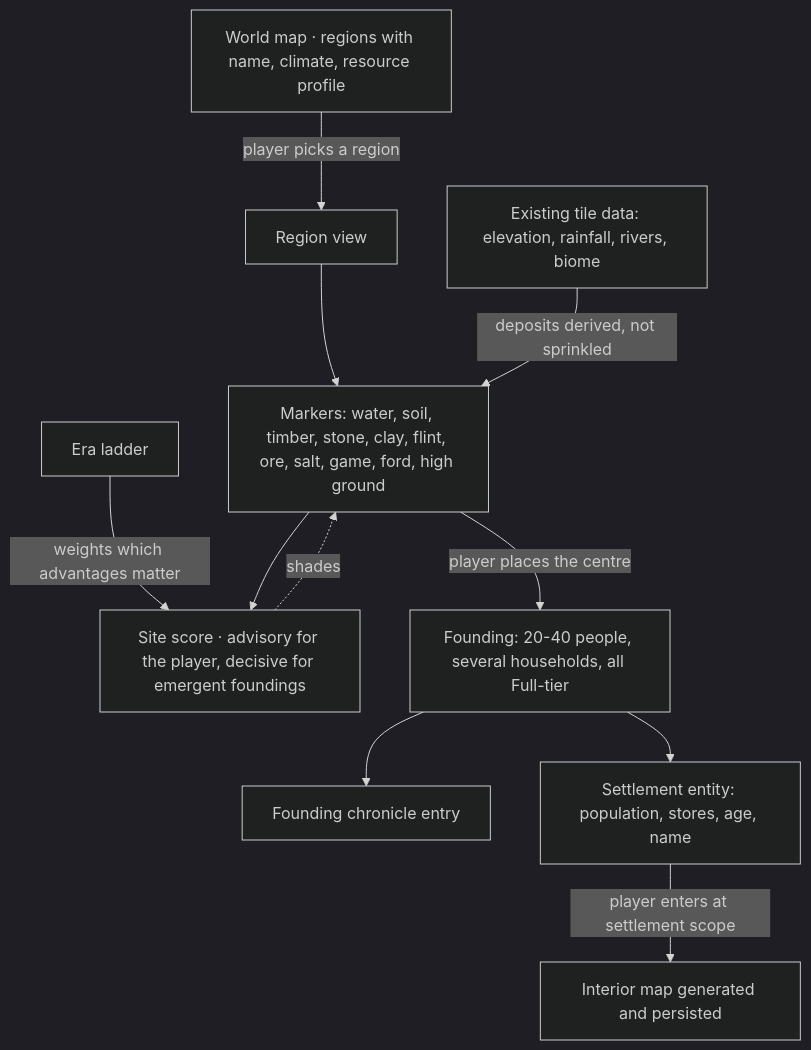
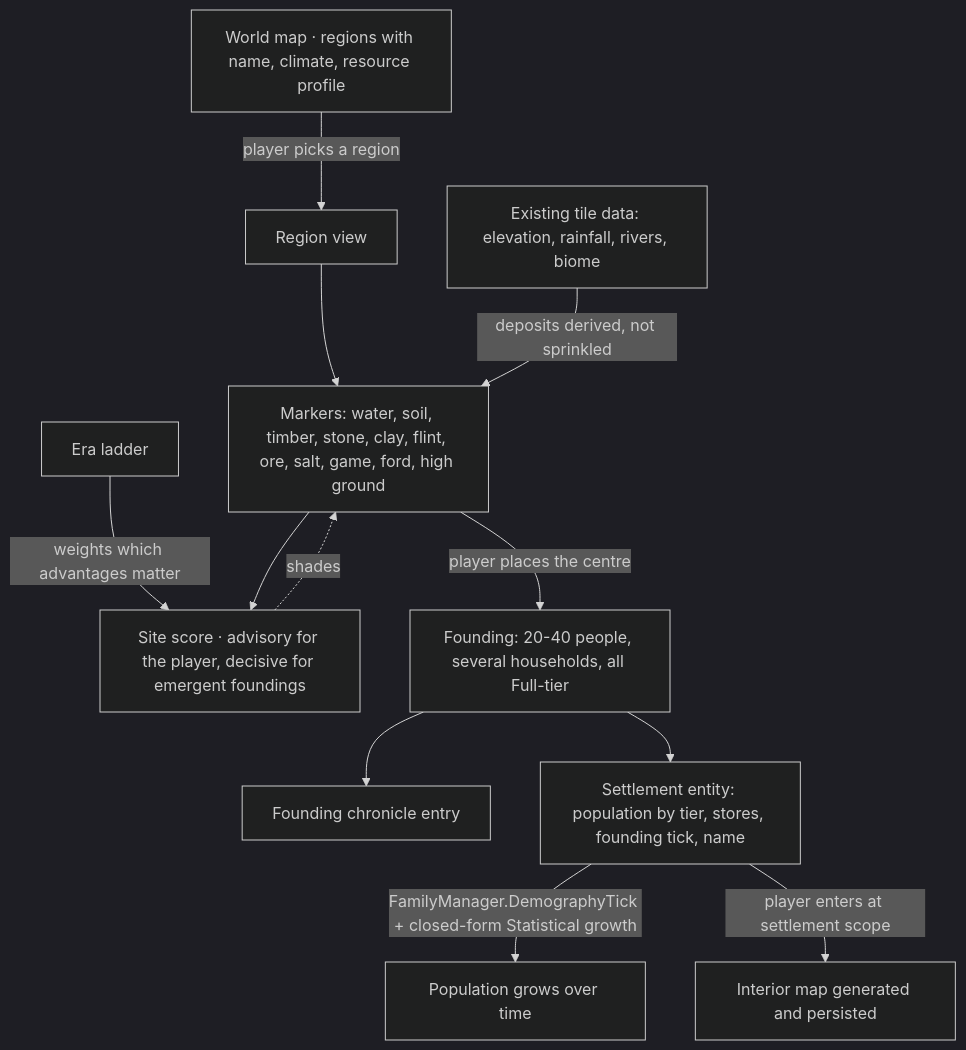
The seventh of 13 diagrams in docs/spec/simworld-spec.md (m2windham/simWorld), drawn with Mermaid (dark theme) before and after one commit. The commit also changed other lines of this file and 6 other files, not shown here.

First line of the commit message:
A settlement is now an entity, not a def plus a tile (#30)

````diff
--- a/docs/spec/simworld-spec.md
+++ b/docs/spec/simworld-spec.md
@@ -366,13 +376,14 @@
 ```mermaid
 flowchart TD
   W[World map · regions with name, climate, resource profile] -->|player picks a region| R[Region view]
   R --> Markers[Markers: water, soil, timber, stone, clay, flint, ore, salt, game, ford, high ground]
   Terrain[Existing tile data: elevation, rainfall, rivers, biome] -->|deposits derived, not sprinkled| Markers
   Era[Era ladder] -->|weights which advantages matter| Score
   Markers --> Score[Site score · advisory for the player, decisive for emergent foundings]
   Score -.shades.-> Markers
   Markers -->|player places the centre| Found[Founding: 20-40 people, several households, all Full-tier]
   Found --> Chron[Founding chronicle entry]
-  Found --> Settle[Settlement entity: population, stores, age, name]
+  Found --> Settle[Settlement entity: population by tier, stores, founding tick, name]
+  Settle -->|FamilyManager.DemographyTick + closed-form Statistical growth| Growth[Population grows over time]
   Settle -->|player enters at settlement scope| Map[Interior map generated and persisted]
 ```
````
